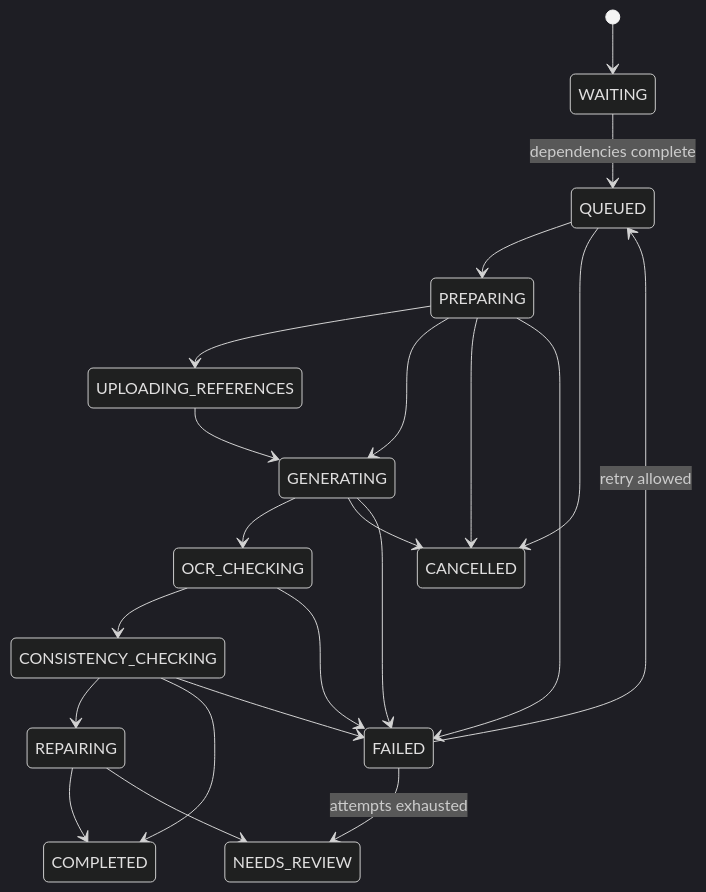
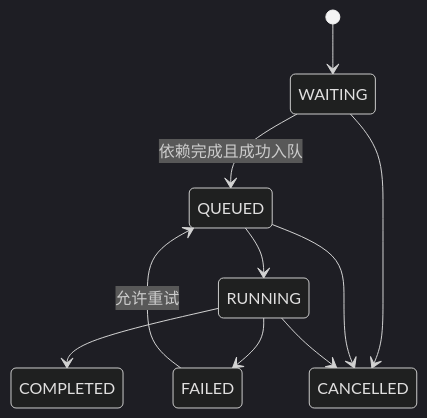
One commit to coffe01-10/MangaFlow changed the second of 3 diagrams in docs/data-model.md. Above: the diagram before and after it, drawn with Mermaid (dark theme). The commit also changed other lines of this file and 37 other files, not shown here.

````diff
--- a/docs/data-model.md
+++ b/docs/data-model.md
@@ -122,25 +79,12 @@
 ```mermaid
 stateDiagram-v2
     [*] --> WAITING
-    WAITING --> QUEUED: dependencies complete
-    QUEUED --> PREPARING
-    PREPARING --> UPLOADING_REFERENCES
-    PREPARING --> GENERATING
-    UPLOADING_REFERENCES --> GENERATING
-    GENERATING --> OCR_CHECKING
-    OCR_CHECKING --> CONSISTENCY_CHECKING
-    CONSISTENCY_CHECKING --> REPAIRING
-    CONSISTENCY_CHECKING --> COMPLETED
-    REPAIRING --> COMPLETED
-    REPAIRING --> NEEDS_REVIEW
-
+    WAITING --> QUEUED: 依赖完成且成功入队
+    QUEUED --> RUNNING
+    RUNNING --> COMPLETED
+    RUNNING --> FAILED
+    WAITING --> CANCELLED
     QUEUED --> CANCELLED
-    PREPARING --> CANCELLED
-    GENERATING --> CANCELLED
-    PREPARING --> FAILED
-    GENERATING --> FAILED
-    OCR_CHECKING --> FAILED
-    CONSISTENCY_CHECKING --> FAILED
-    FAILED --> QUEUED: retry allowed
-    FAILED --> NEEDS_REVIEW: attempts exhausted
+    RUNNING --> CANCELLED
+    FAILED --> QUEUED: 允许重试
 ```
````
